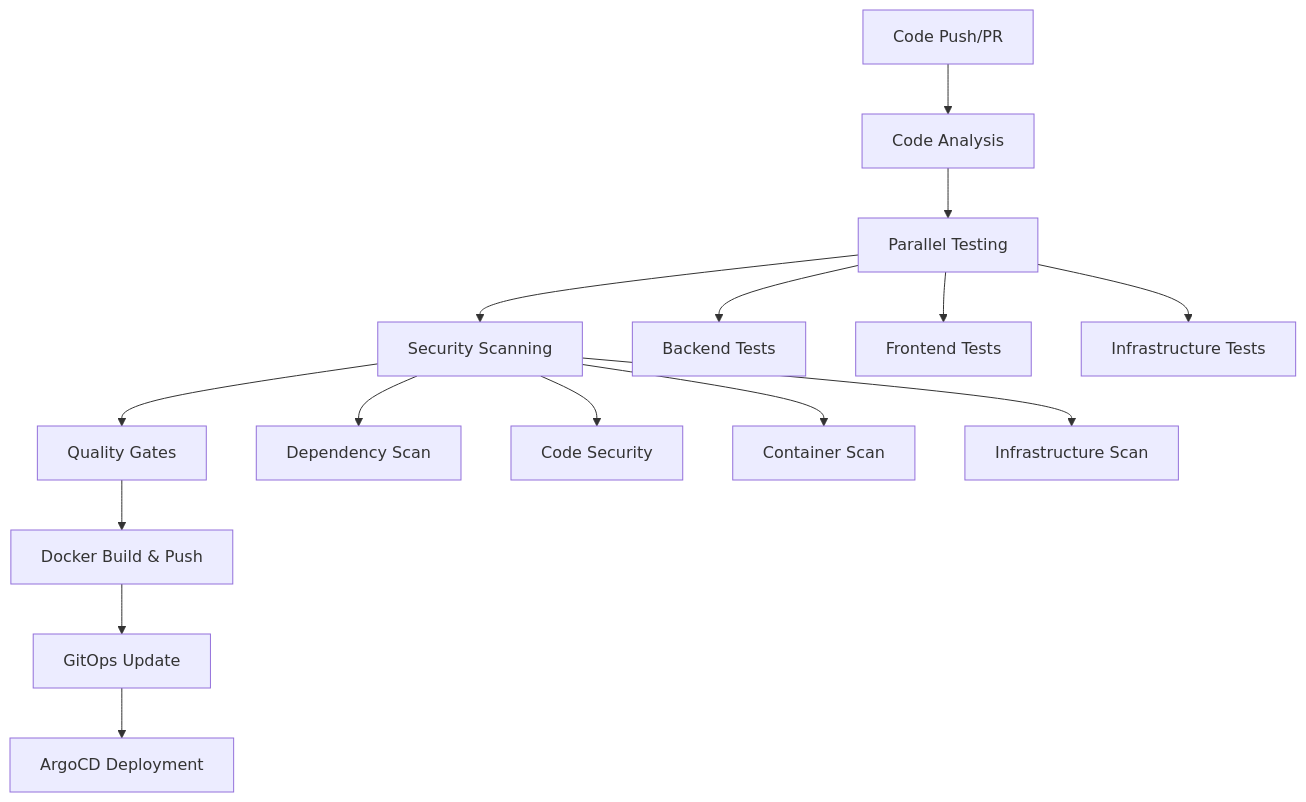
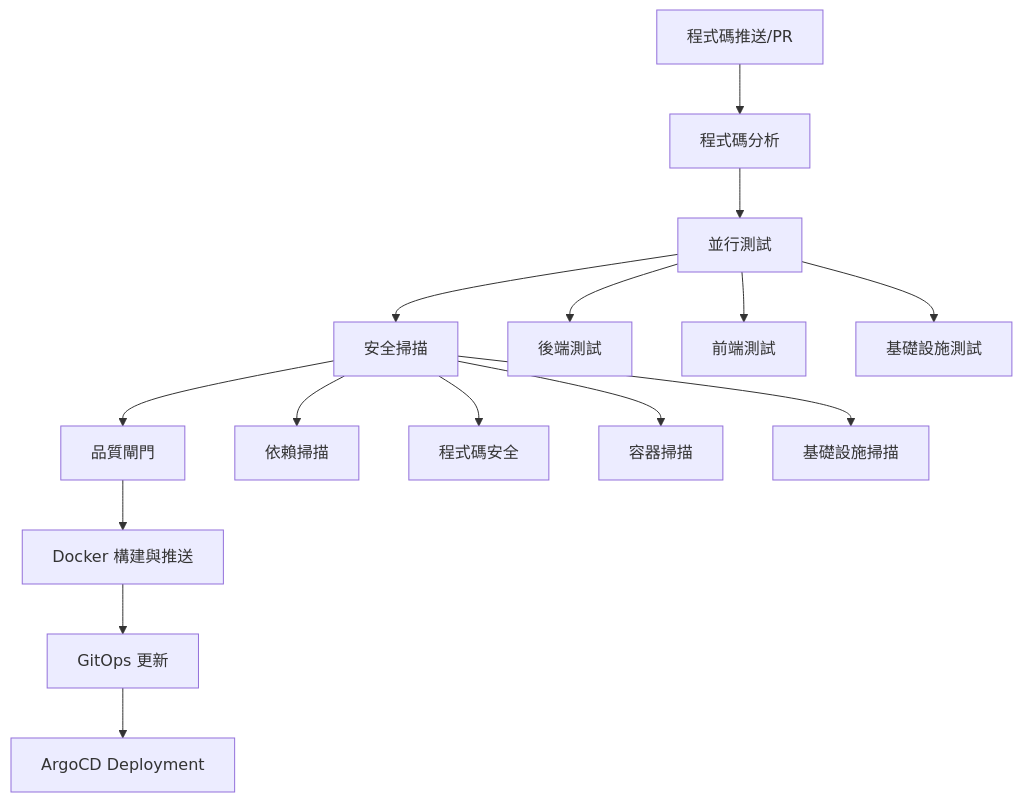
Before and after one commit to humank/genai-demo: the diagram in docs/en/cicd/README.md, drawn with Mermaid. The commit also changed other lines of this file and 583 other files, not shown here.

````diff
--- a/docs/en/cicd/README.md
+++ b/docs/en/cicd/README.md
@@ -19,19 +20,19 @@
 ```mermaid
 graph TB
-    A[Code Push/PR] --> B[Code Analysis]
-    B --> C[Parallel Testing]
-    C --> D[Security Scanning]
-    D --> E[Quality Gates]
-    E --> F[Docker Build & Push]
-    F --> G[GitOps Update]
+    A[程式碼推送/PR] --> B[程式碼分析]
+    B --> C[並行測試]
+    C --> D[安全掃描]
+    D --> E[品質閘門]
+    E --> F[Docker 構建與推送]
+    F --> G[GitOps 更新]
     G --> H[ArgoCD Deployment]
     
-    C --> C1[Backend Tests]
-    C --> C2[Frontend Tests]
-    C --> C3[Infrastructure Tests]
+    C --> C1[後端測試]
+    C --> C2[前端測試]
+    C --> C3[基礎設施測試]
     
-    D --> D1[Dependency Scan]
-    D --> D2[Code Security]
-    D --> D3[Container Scan]
-    D --> D4[Infrastructure Scan]
+    D --> D1[依賴掃描]
+    D --> D2[程式碼安全]
+    D --> D3[容器掃描]
+    D --> D4[基礎設施掃描]
 ```
````
